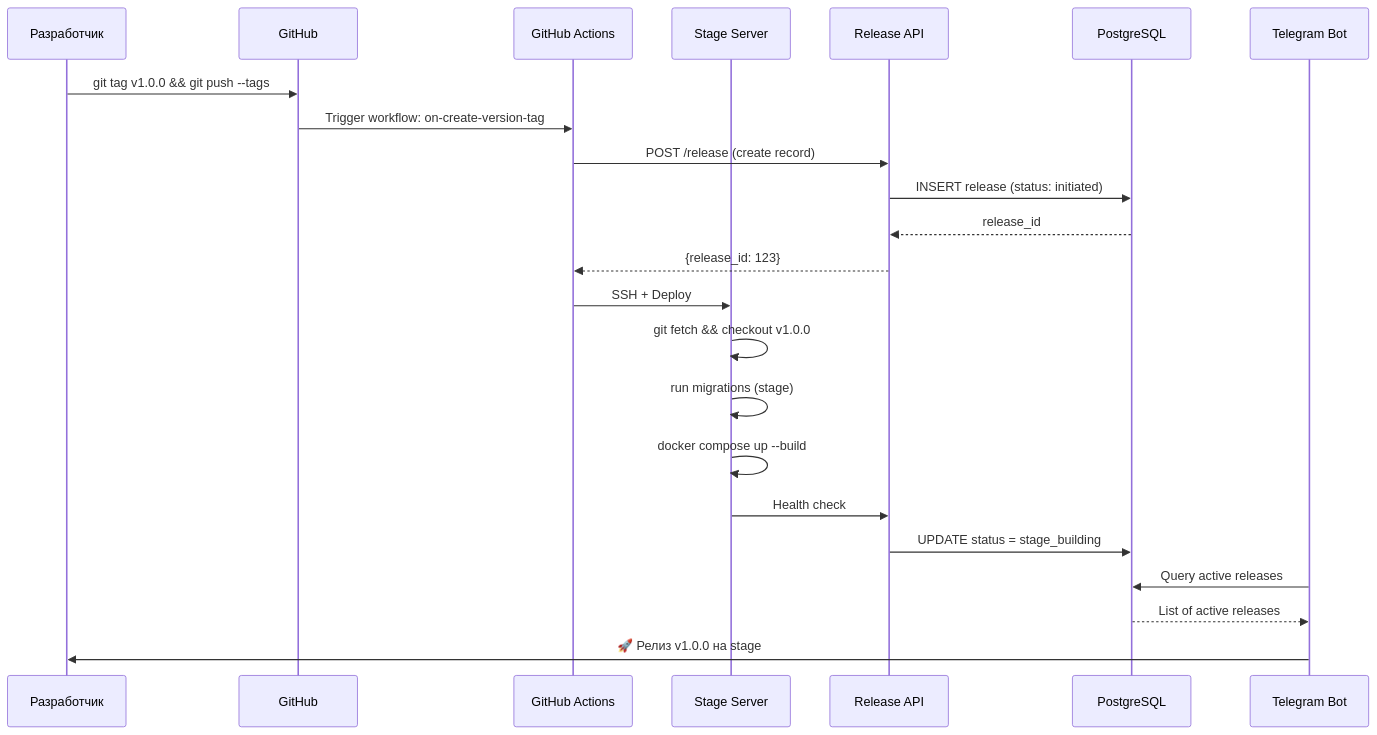
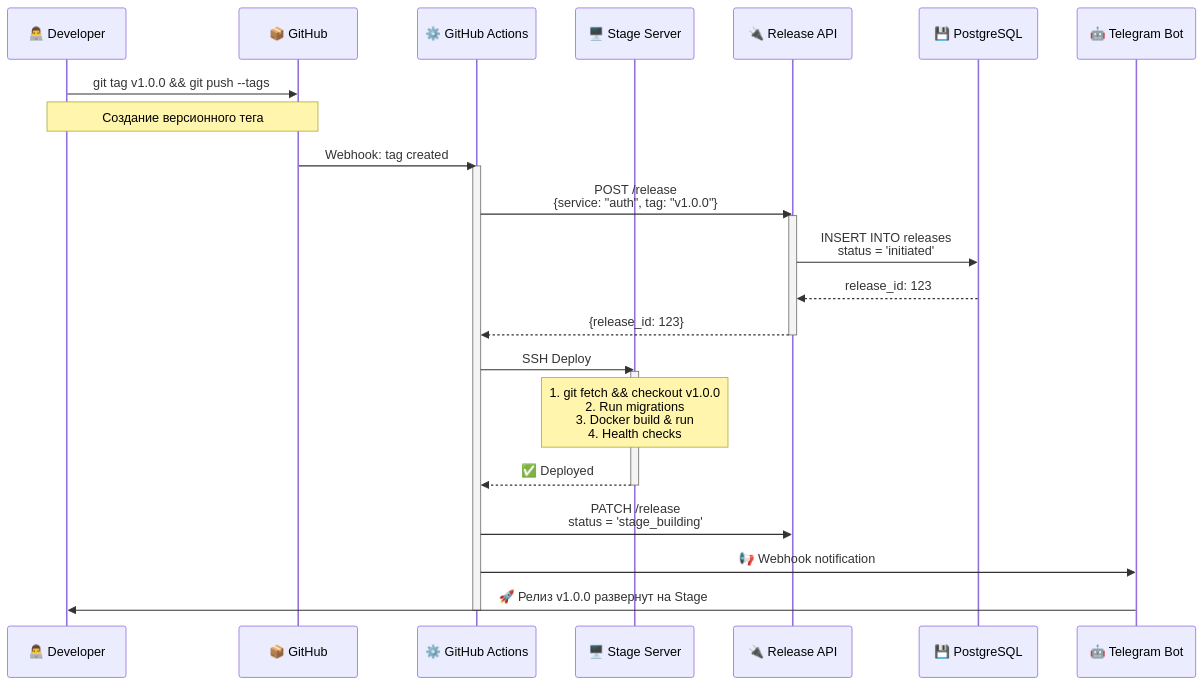
The second of 10 diagrams in name-release-machine/README.md (mmdev2003/release-machine), drawn with Mermaid before and after one commit. The commit also changed other lines of this file, not shown here.

Commit message:
Обновил readme для release-machine

````diff
--- a/name-release-machine/README.md
+++ b/name-release-machine/README.md
@@ -103,30 +150,36 @@
 ```mermaid
 sequenceDiagram
-    participant Dev as Разработчик
-    participant Git as GitHub
-    participant GHA as GitHub Actions
-    participant Stage as Stage Server
-    participant API as Release API
-    participant DB as PostgreSQL
-    participant Bot as Telegram Bot
+    participant Dev as 👨‍💻 Developer
+    participant Git as 📦 GitHub
+    participant GHA as ⚙️ GitHub Actions
+    participant Stage as 🖥️ Stage Server
+    participant API as 🔌 Release API
+    participant DB as 💾 PostgreSQL
+    participant Bot as 🤖 Telegram Bot
 
     Dev->>Git: git tag v1.0.0 && git push --tags
-    Git->>GHA: Trigger workflow: on-create-version-tag
+    Note over Dev,Git: Создание версионного тега
     
-    GHA->>API: POST /release (create record)
-    API->>DB: INSERT release (status: initiated)
-    DB-->>API: release_id
+    Git->>GHA: Webhook: tag created
+    activate GHA
+    
+    GHA->>API: POST /release<br/>{service: "auth", tag: "v1.0.0"}
+    activate API
+    API->>DB: INSERT INTO releases<br/>status = 'initiated'
+    DB-->>API: release_id: 123
     API-->>GHA: {release_id: 123}
+    deactivate API
     
-    GHA->>Stage: SSH + Deploy
-    Stage->>Stage: git fetch && checkout v1.0.0
-    Stage->>Stage: run migrations (stage)
-    Stage->>Stage: docker compose up --build
+    GHA->>Stage: SSH Deploy
+    activate Stage
+    Note over Stage: 1. git fetch && checkout v1.0.0<br/>2. Run migrations<br/>3. Docker build & run<br/>4. Health checks
+    Stage-->>GHA: ✅ Deployed
+    deactivate Stage
     
-    Stage->>API: Health check
-    API->>DB: UPDATE status = stage_building
+    GHA->>API: PATCH /release<br/>status = 'stage_building'
     
-    Bot->>DB: Query active releases
-    DB-->>Bot: List of active releases
-    Bot->>Dev: 🚀 Релиз v1.0.0 на stage
+    GHA->>Bot: 📢 Webhook notification
+    Bot->>Dev: 🚀 Релиз v1.0.0 развернут на Stage
+    
+    deactivate GHA
 ```
````
